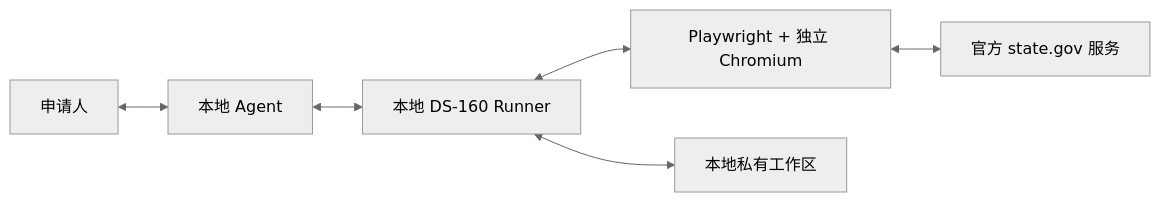
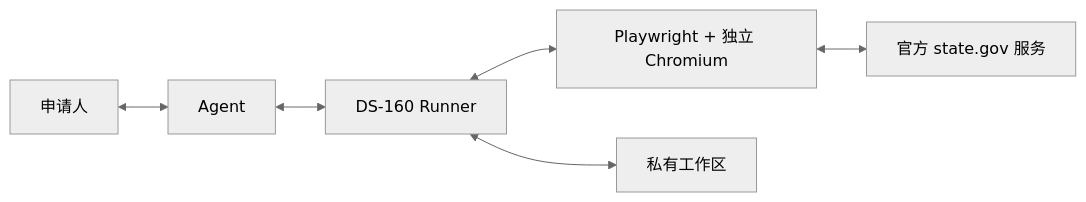
Before and after one commit to gamhoi/ds160-autofill-releases: the diagram in README.zh-CN.md, drawn with Mermaid (neutral theme). The commit also changed other lines of this file and 1 other file, not shown here.

Commit message:
Publish public documentation from 3321dfcb27cb

````diff
--- a/README.zh-CN.md
+++ b/README.zh-CN.md
@@ -50,8 +50,8 @@
 ```mermaid
 flowchart LR
-  U[申请人] <--> A[本地 Agent]
-  A <--> R[本地 DS-160 Runner]
+  U[申请人] <--> A[Agent]
+  A <--> R[DS-160 Runner]
   R <--> B[Playwright + 独立 Chromium]
   B <--> S[官方 state.gov 服务]
-  R <--> W[本地私有工作区]
+  R <--> W[私有工作区]
 ```
````
